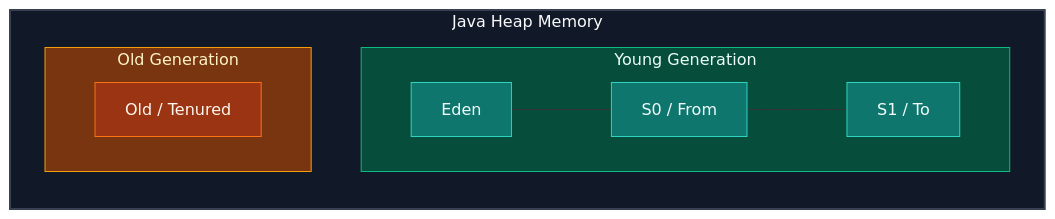
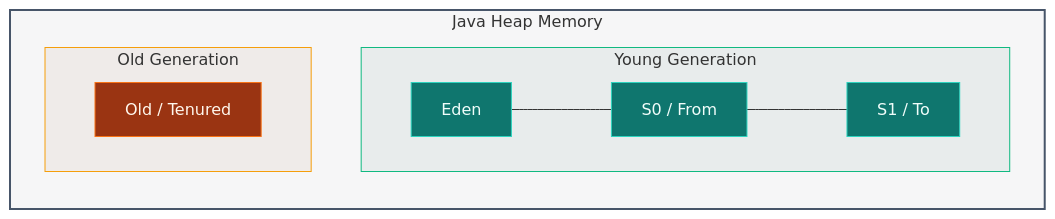
One commit to SaiTeja301/My_Interview_Preparation changed the third of 19 diagrams in Java_jdbc_hibernate_SpringBoot/analysis/Java_Analysis.md. Above: the diagram before and after it, drawn with Mermaid. The commit also changed other lines of this file, not shown here.

Commit message:
docs(java): audit core chapters and optimize 19 Mermaid diagrams for light/dark theme contrast

````diff
--- a/Java_jdbc_hibernate_SpringBoot/analysis/Java_Analysis.md
+++ b/Java_jdbc_hibernate_SpringBoot/analysis/Java_Analysis.md
@@ -156,21 +160,21 @@
 ```mermaid
-graph LR
+flowchart LR
     subgraph HEAP ["Java Heap Memory"]
         subgraph YG ["Young Generation"]
             direction LR
             Eden["Eden"] --- S0["S0 / From"] --- S1["S1 / To"]
         end
         subgraph OG ["Old Generation"]
             Old["Old / Tenured"]
         end
     end
 
-    style HEAP fill:#111827,stroke:#374151,color:#F9FAFB,stroke-width:2px
-    style YG fill:#064E3B,stroke:#10B981,color:#ECFDF5,stroke-width:1px
-    style OG fill:#78350F,stroke:#F59E0B,color:#FEF3C7,stroke-width:1px
+    style HEAP fill:#1E293B0A,stroke:#475569,stroke-width:2px
+    style YG fill:#064E3B0F,stroke:#10B981,stroke-width:1px
+    style OG fill:#78350F0F,stroke:#F59E0B,stroke-width:1px
 
     classDef ygNode fill:#0F766E,stroke:#2DD4BF,color:#F0FDFA,stroke-width:1px;
     classDef ogNode fill:#9A3412,stroke:#F97316,color:#FFF7ED,stroke-width:1px;
     class Eden,S0,S1 ygNode;
     class Old ogNode;
 ```
````
